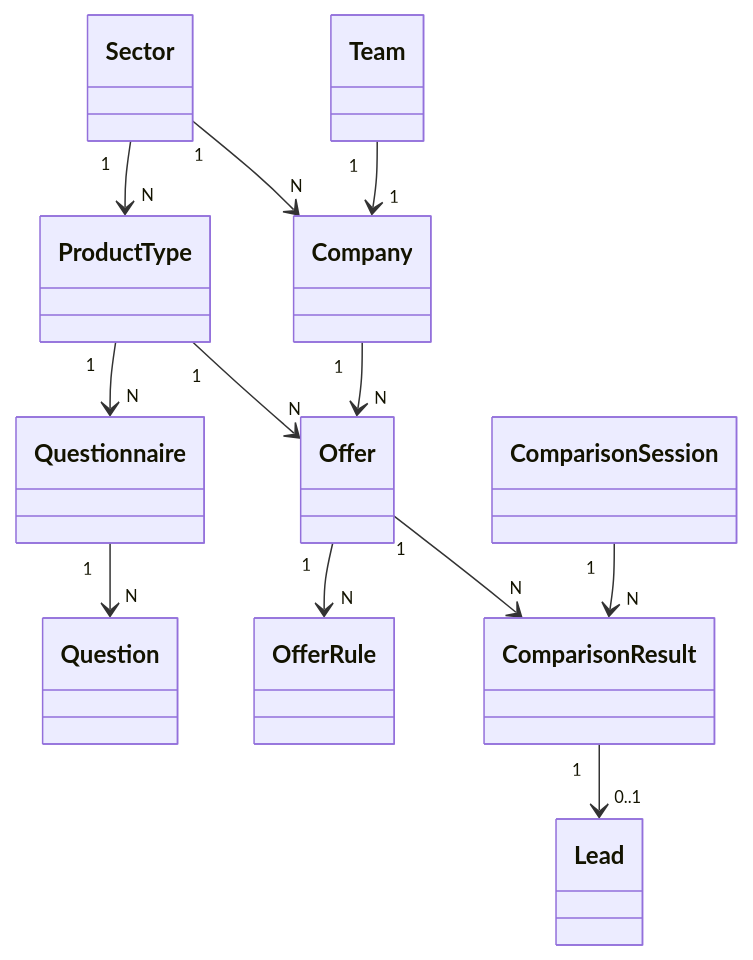
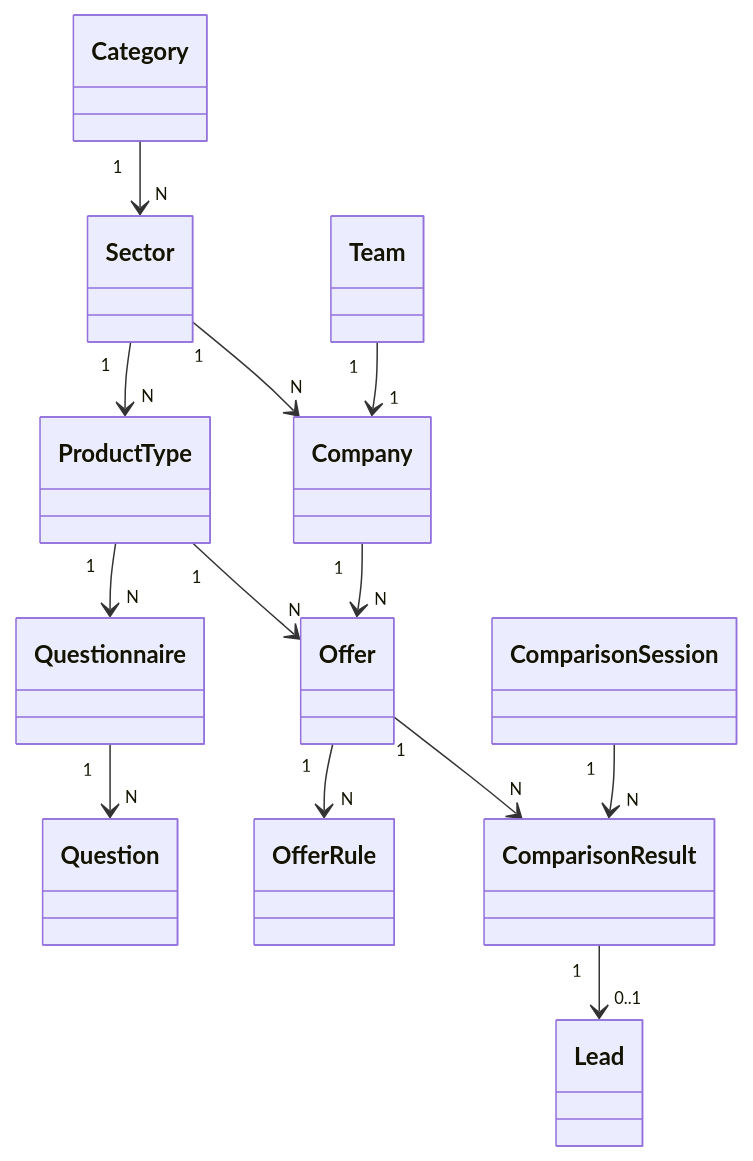
Before and after one commit to Tresor-Kasenda/kleverkat: the diagram in docs/13-Modelisation-Cible-et-Plan-Implementation.md, drawn with Mermaid. The commit also changed other lines of this file, not shown here.

First line of the commit message:
docs: add Category layer to data model hierarchy

````diff
--- a/docs/13-Modelisation-Cible-et-Plan-Implementation.md
+++ b/docs/13-Modelisation-Cible-et-Plan-Implementation.md
@@ -140,26 +140,28 @@
 ```mermaid
 classDiagram
+    class Category
     class Sector
     class ProductType
     class Company
     class Offer
     class Questionnaire
     class Question
     class OfferRule
     class ComparisonSession
     class ComparisonResult
     class Lead
     class Team
 
+    Category "1" --> "N" Sector
     Sector "1" --> "N" ProductType
     Sector "1" --> "N" Company
     ProductType "1" --> "N" Questionnaire
     Questionnaire "1" --> "N" Question
     Company "1" --> "N" Offer
     ProductType "1" --> "N" Offer
     Offer "1" --> "N" OfferRule
     ComparisonSession "1" --> "N" ComparisonResult
     Offer "1" --> "N" ComparisonResult
     ComparisonResult "1" --> "0..1" Lead
     Team "1" --> "1" Company
 ```
````
